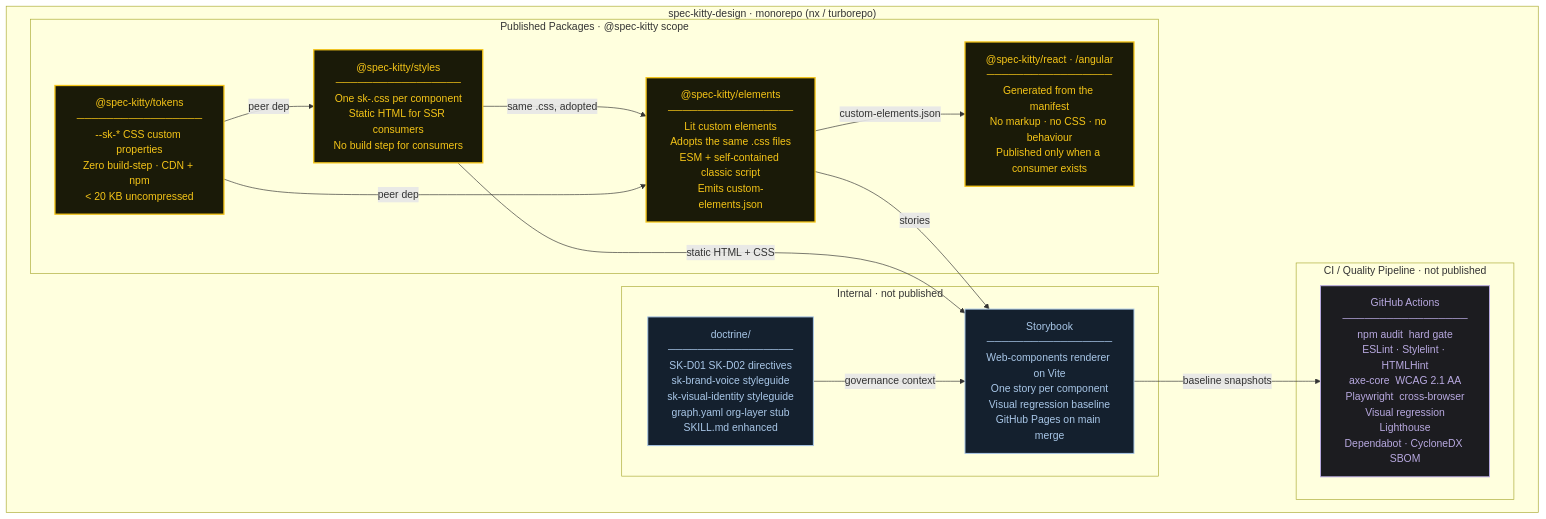
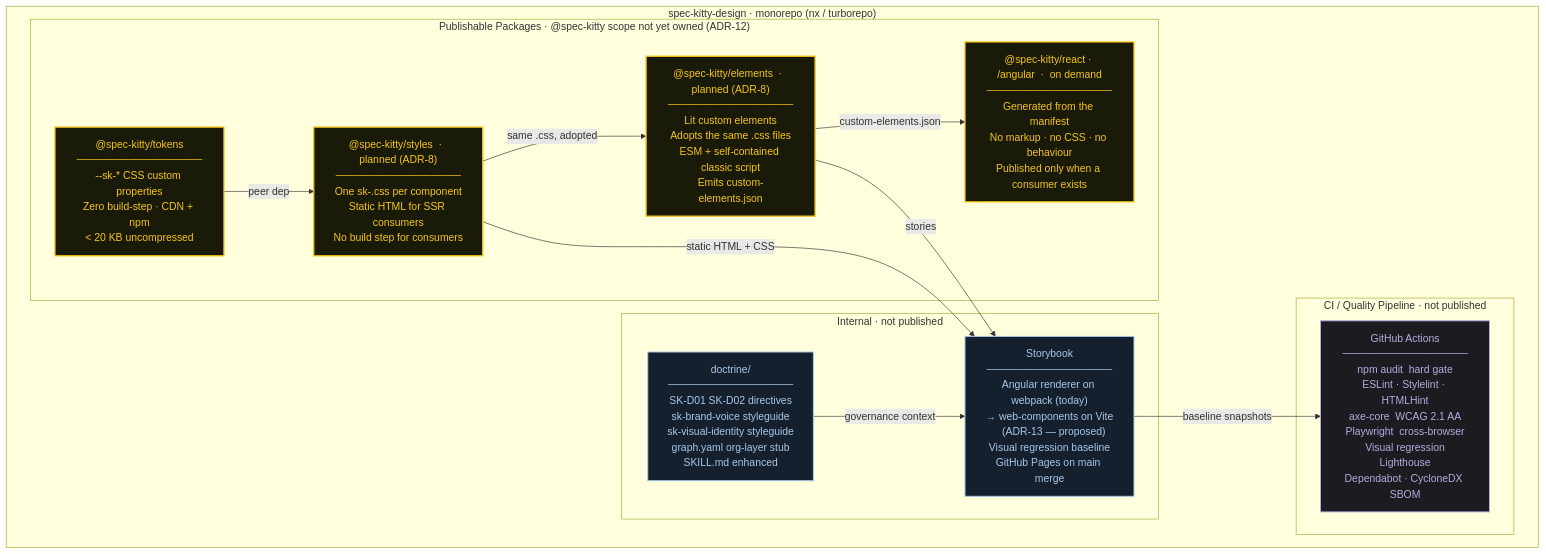
The diagram in docs/architecture/assets/c4-l2-package-topology.mmd (spec-kitty/spec-kitty-design), drawn with Mermaid before and after one commit. The commit also changed 5 other files, not shown here.

```diff
--- a/docs/architecture/assets/c4-l2-package-topology.mmd
+++ b/docs/architecture/assets/c4-l2-package-topology.mmd
@@ -1,39 +1,38 @@
 %%THEME%%
 
 flowchart TB
     subgraph Monorepo["spec-kitty-design  ·  monorepo  (nx / turborepo)"]
 
-        subgraph Published["Published Packages  ·  @spec-kitty scope"]
+        subgraph Published["Publishable Packages  ·  @spec-kitty scope not yet owned (ADR-12)"]
             tokens["@spec-kitty/tokens\n─────────────────\n--sk-* CSS custom properties\nZero build-step · CDN + npm\n< 20 KB uncompressed"]
-            styles["@spec-kitty/styles\n─────────────────\nOne sk-<name>.css per component\nStatic HTML for SSR consumers\nNo build step for consumers"]
-            elements["@spec-kitty/elements\n─────────────────\nLit custom elements\nAdopts the same .css files\nESM + self-contained classic script\nEmits custom-elements.json"]
-            wrappers["@spec-kitty/react · /angular\n─────────────────\nGenerated from the manifest\nNo markup · no CSS · no behaviour\nPublished only when a consumer exists"]
+            styles["@spec-kitty/styles  ·  planned (ADR-8)\n─────────────────\nOne sk-<name>.css per component\nStatic HTML for SSR consumers\nNo build step for consumers"]
+            elements["@spec-kitty/elements  ·  planned (ADR-8)\n─────────────────\nLit custom elements\nAdopts the same .css files\nESM + self-contained classic script\nEmits custom-elements.json"]
+            wrappers["@spec-kitty/react · /angular  ·  on demand\n─────────────────\nGenerated from the manifest\nNo markup · no CSS · no behaviour\nPublished only when a consumer exists"]
         end
 
         subgraph Internal["Internal  ·  not published"]
-            storybook["Storybook\n─────────────────\nWeb-components renderer on Vite\nOne story per component\nVisual regression baseline\nGitHub Pages on main merge"]
+            storybook["Storybook\n─────────────────\nAngular renderer on webpack (today)\n→ web-components on Vite\n   (ADR-13 — proposed)\nVisual regression baseline\nGitHub Pages on main merge"]
             doctrine["doctrine/\n─────────────────\nSK-D01  SK-D02  directives\nsk-brand-voice styleguide\nsk-visual-identity styleguide\ngraph.yaml  org-layer stub\nSKILL.md  enhanced"]
         end
 
         subgraph CI["CI / Quality Pipeline  ·  not published"]
             ci["GitHub Actions\n─────────────────\nnpm audit  hard gate\nESLint · Stylelint · HTMLHint\naxe-core  WCAG 2.1 AA\nPlaywright  cross-browser\nVisual regression\nLighthouse\nDependabot · CycloneDX SBOM"]
         end
 
     end
 
     tokens -->|"peer dep"| styles
     styles -->|"same .css, adopted"| elements
     elements -->|"custom-elements.json"| wrappers
-    tokens -->|"peer dep"| elements
     elements -->|"stories"| storybook
     styles -->|"static HTML + CSS"| storybook
     storybook -->|"baseline snapshots"| ci
     doctrine -->|"governance context"| storybook
 
     classDef pub fill:#1a1a08,stroke:#F5C518,color:#F5C518,stroke-width:2px
     classDef internal fill:#14202E,stroke:#A9C7E8,color:#A9C7E8,stroke-width:1.5px
     classDef tooling fill:#1C1C20,stroke:#B8A9E0,color:#B8A9E0,stroke-width:1.5px
 
     class tokens,styles,elements,wrappers pub
     class storybook,doctrine internal
     class ci tooling
```
